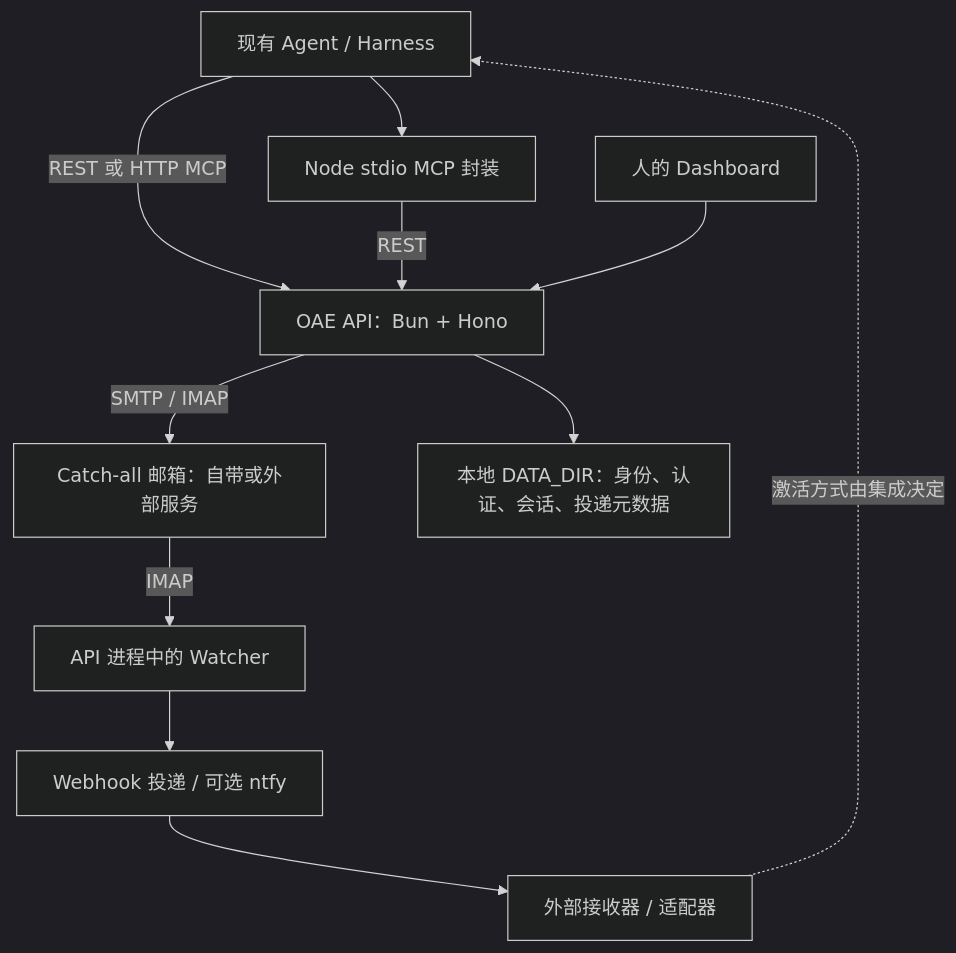
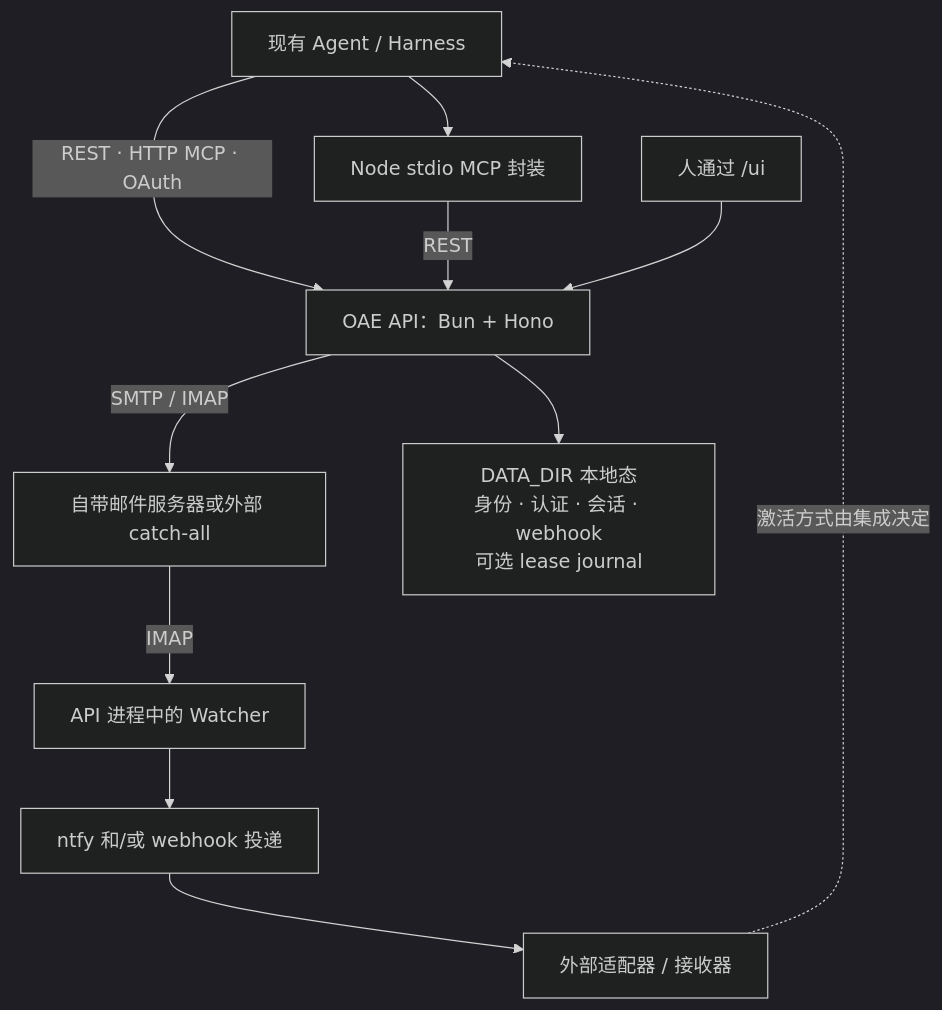
One commit to openagentemail/openagentemail changed the second of 2 diagrams in README.zh-CN.md. Above: the diagram before and after it, drawn with Mermaid (dark theme). The commit also changed other lines of this file and 10 other files, not shown here.

````diff
--- a/README.zh-CN.md
+++ b/README.zh-CN.md
@@ -164,13 +175,13 @@
 ```mermaid
 flowchart TB
-    Agents["现有 Agent / Harness"] -->|"REST 或 HTTP MCP"| API["OAE API：Bun + Hono"]
+    Agents["现有 Agent / Harness"] -->|"REST · HTTP MCP · OAuth"| API["OAE API：Bun + Hono"]
     Agents --> Stdio["Node stdio MCP 封装"]
     Stdio -->|"REST"| API
-    Human["人的 Dashboard"] --> API
-    API -->|"SMTP / IMAP"| Mail["Catch-all 邮箱：自带或外部服务"]
-    API --> State["本地 DATA_DIR：身份、认证、会话、投递元数据"]
+    Human["人通过 /ui"] --> API
+    API -->|"SMTP / IMAP"| Mail["自带邮件服务器或外部 catch-all"]
+    API --> State["DATA_DIR 本地态<br/>身份 · 认证 · 会话 · webhook<br/>可选 lease journal"]
     Mail -->|"IMAP"| Watcher["API 进程中的 Watcher"]
-    Watcher --> Delivery["Webhook 投递 / 可选 ntfy"]
-    Delivery --> Adapter["外部接收器 / 适配器"]
+    Watcher --> Delivery["ntfy 和/或 webhook 投递"]
+    Delivery --> Adapter["外部适配器 / 接收器"]
     Adapter -. "激活方式由集成决定" .-> Agents
 ```
````
